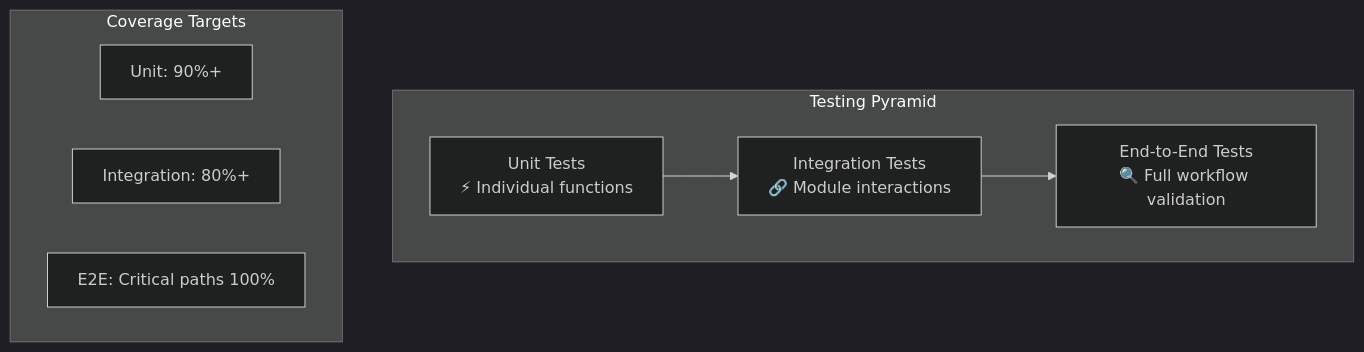
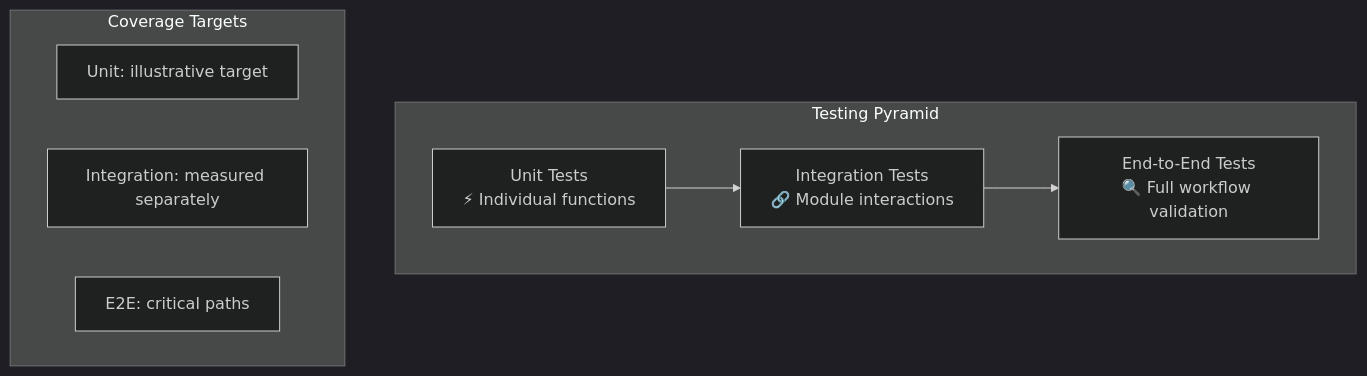
The diagram in docs/development/testing-strategy.md (docxology/codomyrmex), drawn with Mermaid (dark theme) before and after one commit. The commit also changed other lines of this file and 287 other files, not shown here.

````diff
--- a/docs/development/testing-strategy.md
+++ b/docs/development/testing-strategy.md
@@ -13,17 +13,17 @@
 ```mermaid
 graph TB
     subgraph sg_a0657c7da2 [Testing Pyramid]
         E2E["End-to-End Tests<br/>🔍 Full workflow validation"]
         Integration["Integration Tests<br/>🔗 Module interactions"]
         Unit["Unit Tests<br/>⚡ Individual functions"]
 
         Unit --> Integration
         Integration --> E2E
     end
 
     subgraph sg_4fe987e1c4 [Coverage Targets]
-        UnitCov["Unit: 90%+"]
-        IntegCov["Integration: 80%+"]
-        E2ECov["E2E: Critical paths 100%"]
+        UnitCov["Unit: illustrative target"]
+        IntegCov["Integration: measured separately"]
+        E2ECov["E2E: critical paths"]
     end
 ```
````
